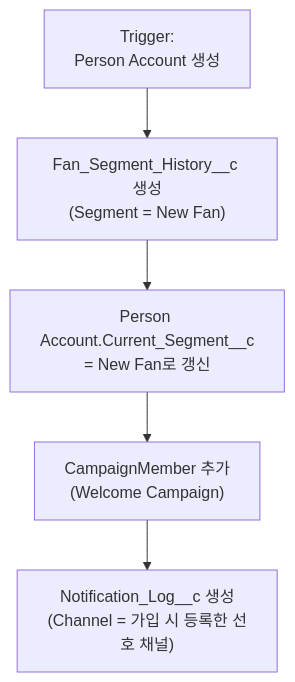
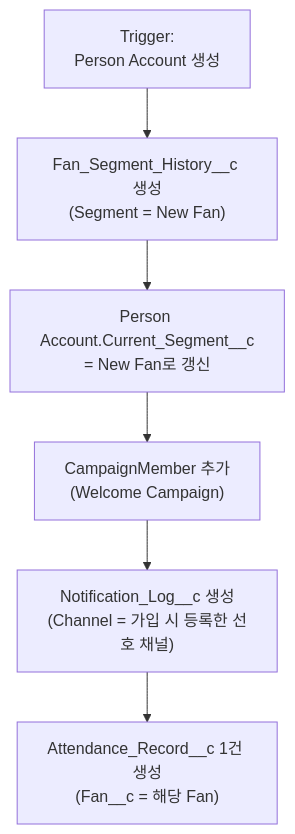
The sixth of 7 diagrams in docs/03_SYSTEM.md (CellsOrg/CloudAlpacas), drawn with Mermaid before and after one commit. The commit also changed other lines of this file and 7 other files, not shown here.

````diff
--- a/docs/03_SYSTEM.md
+++ b/docs/03_SYSTEM.md
@@ -503,7 +595,8 @@
 ```mermaid
 flowchart TD
     A["Trigger:<br/>Person Account 생성"] --> B["Fan_Segment_History__c 생성<br/>(Segment = New Fan)"]
     B --> C["Person Account.Current_Segment__c<br/>= New Fan로 갱신"]
     C --> D["CampaignMember 추가<br/>(Welcome Campaign)"]
     D --> E["Notification_Log__c 생성<br/>(Channel = 가입 시 등록한 선호 채널)"]
+    E --> F["Attendance_Record__c 1건 생성<br/>(Fan__c = 해당 Fan)"]
 ```
````
